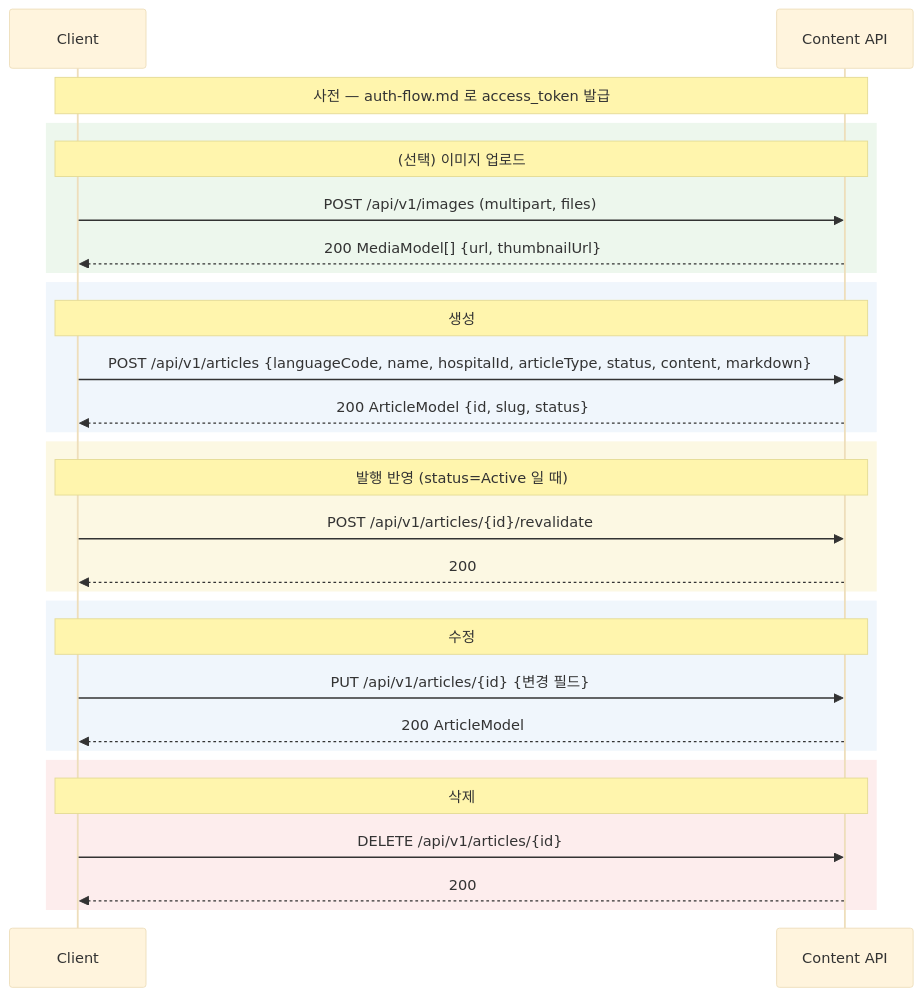
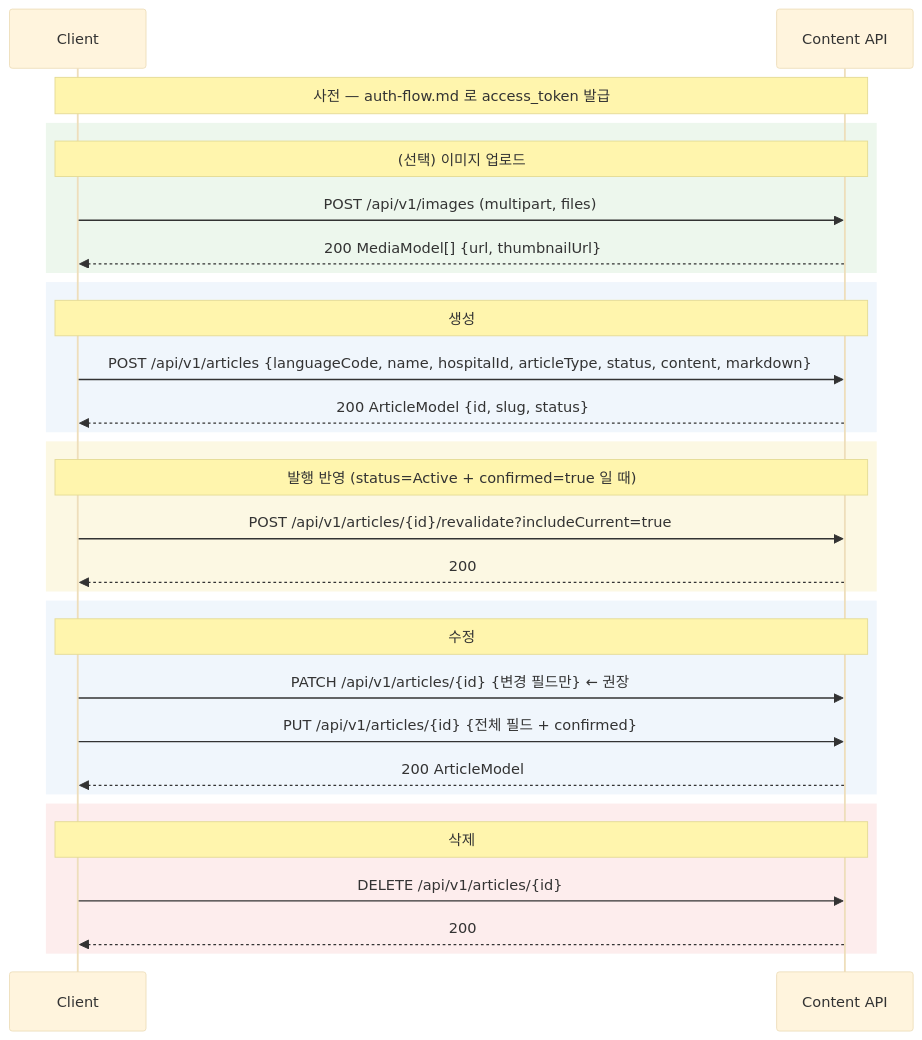
The diagram in docs/content-api-flow.md (iCloudHospital/hospital-content-api-sample), drawn with Mermaid (base theme) before and after one commit. The commit also changed other lines of this file and 4 other files, not shown here.

````diff
--- a/docs/content-api-flow.md
+++ b/docs/content-api-flow.md
@@ -22,37 +25,38 @@
 ```mermaid
 sequenceDiagram
     participant C as Client
     participant API as Content API
 
     Note over C,API: 사전 — auth-flow.md 로 access_token 발급
 
     rect rgb(237, 247, 237)
     Note over C,API: (선택) 이미지 업로드
     C->>API: POST /api/v1/images (multipart, files)
     API-->>C: 200 MediaModel[] {url, thumbnailUrl}
     end
 
     rect rgb(240, 246, 252)
     Note over C,API: 생성
     C->>API: POST /api/v1/articles {languageCode, name, hospitalId, articleType, status, content, markdown}
     API-->>C: 200 ArticleModel {id, slug, status}
     end
 
     rect rgb(252, 248, 227)
-    Note over C,API: 발행 반영 (status=Active 일 때)
-    C->>API: POST /api/v1/articles/{id}/revalidate
+    Note over C,API: 발행 반영 (status=Active + confirmed=true 일 때)
+    C->>API: POST /api/v1/articles/{id}/revalidate?includeCurrent=true
     API-->>C: 200
     end
 
     rect rgb(240, 246, 252)
     Note over C,API: 수정
-    C->>API: PUT /api/v1/articles/{id} {변경 필드}
+    C->>API: PATCH /api/v1/articles/{id} {변경 필드만}  ← 권장
+    C->>API: PUT /api/v1/articles/{id} {전체 필드 + confirmed}
     API-->>C: 200 ArticleModel
     end
 
     rect rgb(253, 237, 237)
     Note over C,API: 삭제
     C->>API: DELETE /api/v1/articles/{id}
     API-->>C: 200
     end
 ```
````
